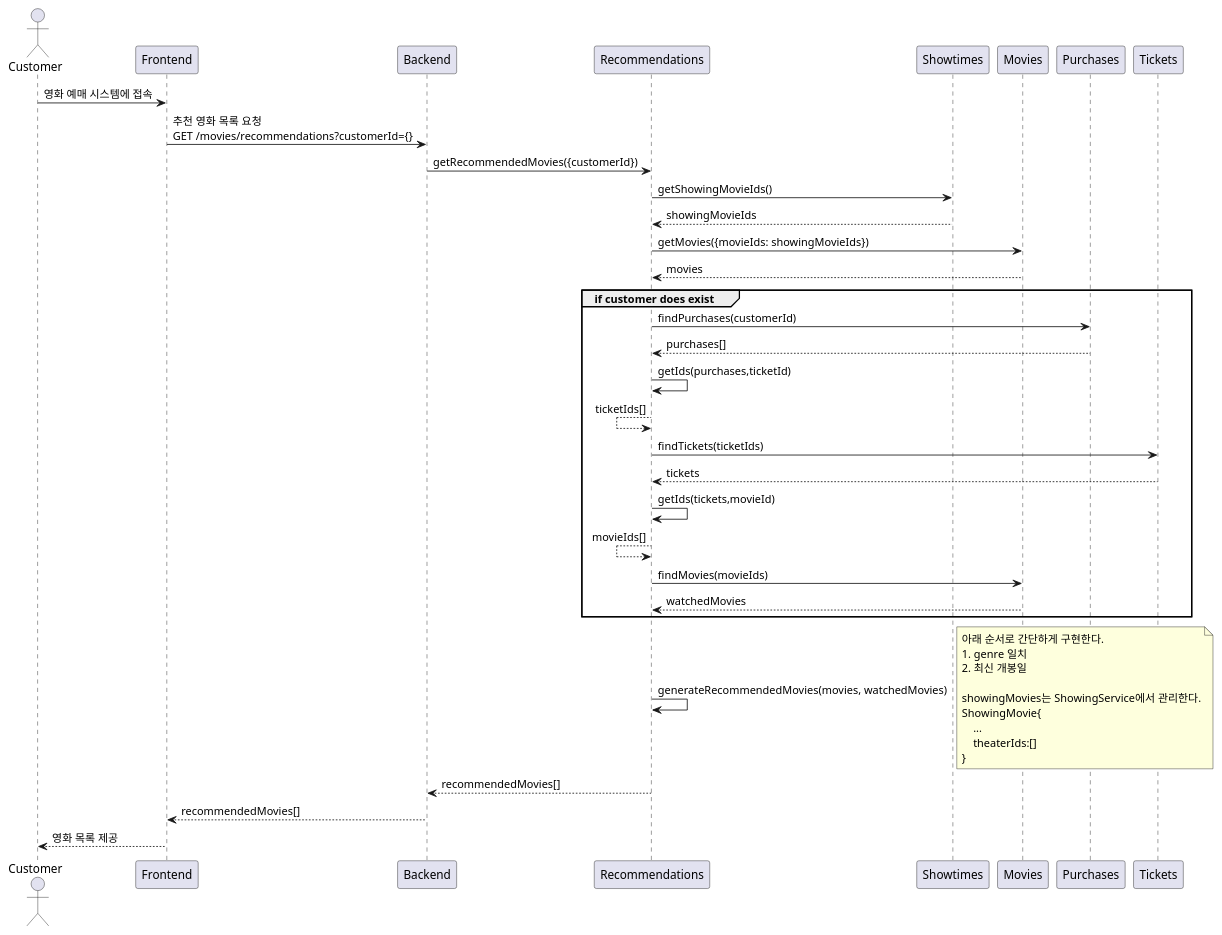
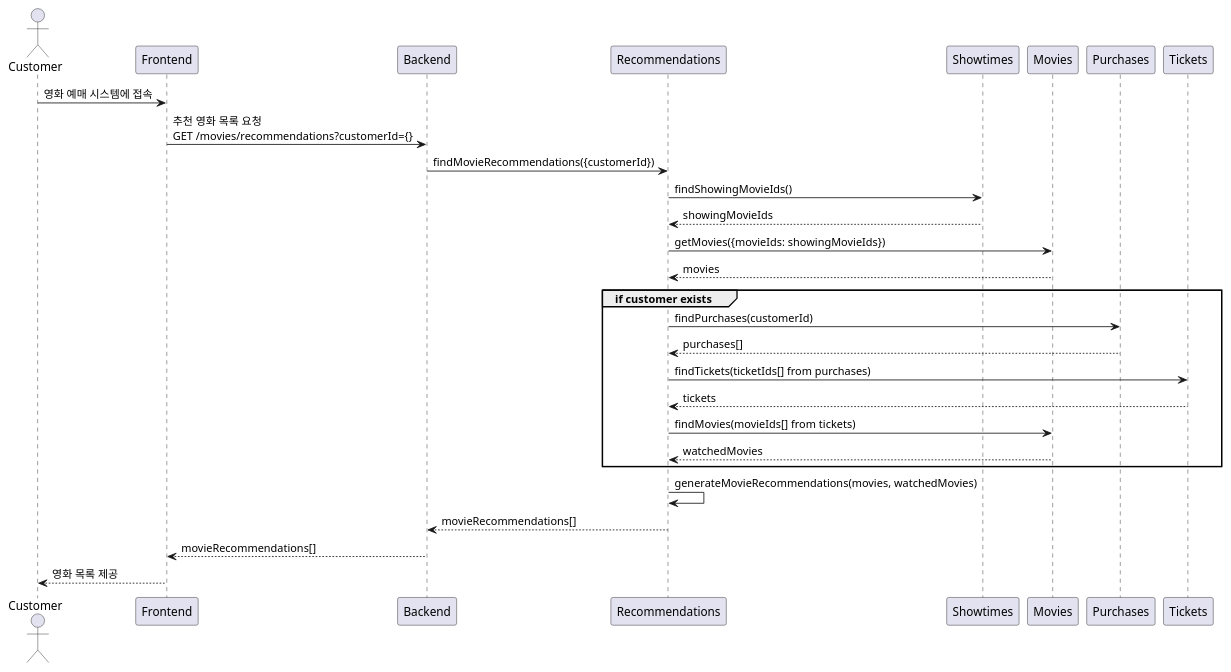
One commit to mannercode/nest-seed changed the first of 3 diagrams in docs/tickets-purchase.md. Above: the diagram before and after it, drawn with PlantUML. The commit also changed other lines of this file, not shown here.

Commit message:
티켓 구매 설계 문서 업데이트

````diff
--- a/docs/tickets-purchase.md
+++ b/docs/tickets-purchase.md
@@ -60,40 +60,25 @@
 ```plantuml
 @startuml
 actor Customer
 
 Customer -> Frontend : 영화 예매 시스템에 접속
-    Frontend -> Backend : 추천 영화 목록 요청\nGET /movies/recommendations?customerId={}
-            Backend -> Recommendations: getRecommendedMovies({customerId})
-            Recommendations -> Showtimes : getShowingMovieIds()
-            Recommendations <-- Showtimes : showingMovieIds
-            Recommendations -> Movies : getMovies({movieIds: showingMovieIds})
-            Recommendations <-- Movies : movies
-            group if customer does exist
-            Recommendations -> Purchases : findPurchases(customerId)
-            Recommendations <-- Purchases : purchases[]
-            Recommendations -> Recommendations: getIds(purchases,ticketId)
-            Recommendations <-- Recommendations: ticketIds[]
-            Recommendations -> Tickets : findTickets(ticketIds)
-            Recommendations <-- Tickets: tickets
-            Recommendations -> Recommendations: getIds(tickets,movieId)
-            Recommendations <-- Recommendations: movieIds[]
-            Recommendations -> Movies : findMovies(movieIds)
-            Recommendations <-- Movies: watchedMovies
-            end
-            Recommendations -> Recommendations : generateRecommendedMovies(movies, watchedMovies)
-                note right
-                아래 순서로 간단하게 구현한다.
-                1. genre 일치
-                2. 최신 개봉일
-
-                showingMovies는 ShowingService에서 관리한다.
-                ShowingMovie{
-                    ...
-                    theaterIds:[]
-                }
-                end note
-        Backend <-- Recommendations : recommendedMovies[]
-    Frontend <-- Backend : recommendedMovies[]
+Frontend -> Backend : 추천 영화 목록 요청\nGET /movies/recommendations?customerId={}
+Backend -> Recommendations : findMovieRecommendations({customerId})
+Recommendations -> Showtimes : findShowingMovieIds()
+Showtimes --> Recommendations : showingMovieIds
+Recommendations -> Movies : getMovies({movieIds: showingMovieIds})
+Movies --> Recommendations : movies
+group if customer exists
+    Recommendations -> Purchases : findPurchases(customerId)
+    Purchases --> Recommendations : purchases[]
+    Recommendations -> Tickets : findTickets(ticketIds[] from purchases)
+    Tickets --> Recommendations : tickets
+    Recommendations -> Movies : findMovies(movieIds[] from tickets)
+    Movies --> Recommendations : watchedMovies
+end
+Recommendations -> Recommendations : generateMovieRecommendations(movies, watchedMovies)
+Backend <-- Recommendations : movieRecommendations[]
+Frontend <-- Backend : movieRecommendations[]
 Customer <-- Frontend : 영화 목록 제공
 @enduml
 ```
````
